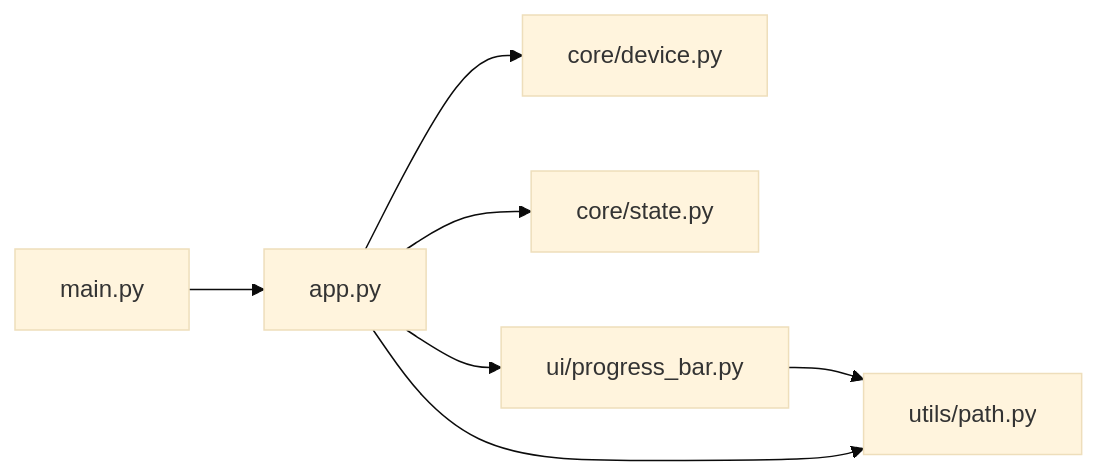
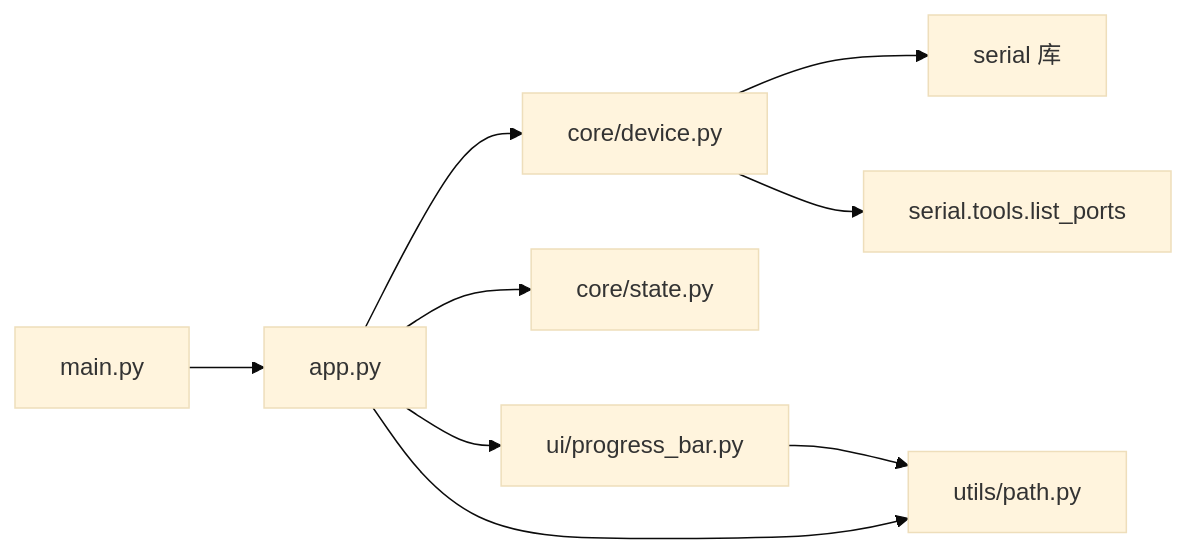
Before and after one commit to Hankun-P/wireless-keyboard-toy: the ninth of 9 diagrams in .qoder/repowiki/zh/content/桌面应用架构/桌面应用架构.md, drawn with Mermaid (base theme). The commit also changed other lines of this file and 11 other files, not shown here.

````diff
--- a/.qoder/repowiki/zh/content/桌面应用架构/桌面应用架构.md
+++ b/.qoder/repowiki/zh/content/桌面应用架构/桌面应用架构.md
@@ -342,9 +410,11 @@
 ```mermaid
 graph LR
 MAIN["main.py"] --> APP["app.py"]
 APP --> DEVICE["core/device.py"]
 APP --> STATE["core/state.py"]
 APP --> PBAR["ui/progress_bar.py"]
 PBAR --> PATH["utils/path.py"]
 APP --> PATH
+DEVICE --> SERIAL["serial 库"]
+DEVICE --> LISTPORTS["serial.tools.list_ports"]
 ```
````
